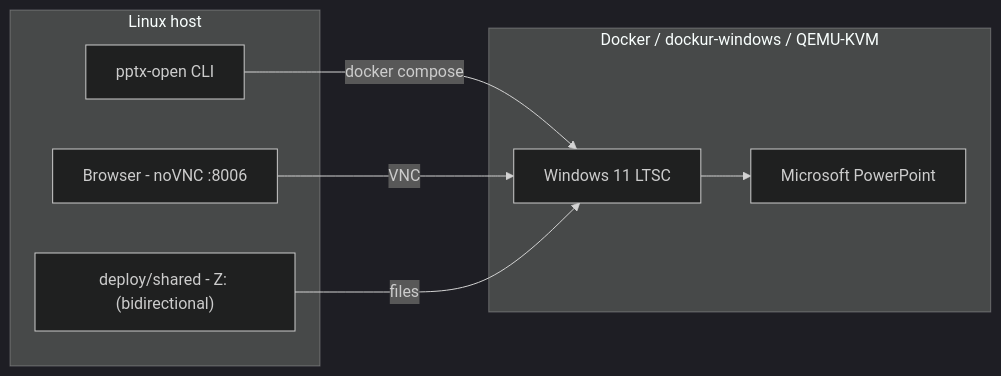
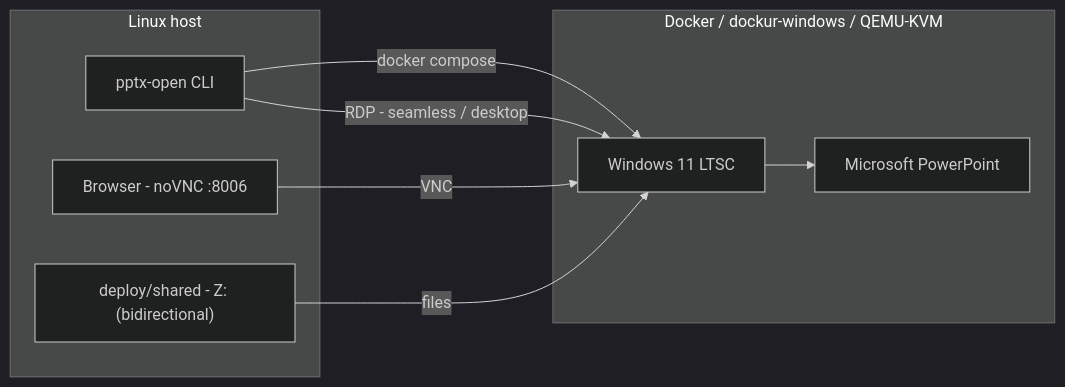
Before and after one commit to dexRand/365alFly: the diagram in README.md, drawn with Mermaid (dark theme). The commit also changed other lines of this file and 5 other files, not shown here.

````diff
--- a/README.md
+++ b/README.md
@@ -52,16 +55,17 @@
 ```mermaid
 flowchart LR
   subgraph HOST["Linux host"]
     CLI["pptx-open CLI"]
     BR["Browser - noVNC :8006"]
     SH["deploy/shared - Z: (bidirectional)"]
   end
   subgraph CONT["Docker / dockur-windows / QEMU-KVM"]
     WIN["Windows 11 LTSC"]
     PP["Microsoft PowerPoint"]
   end
   CLI -- "docker compose" --> WIN
+  CLI -- "RDP - seamless / desktop" --> WIN
   BR -- "VNC" --> WIN
   SH -- "files" --> WIN
   WIN --> PP
 ```
````
